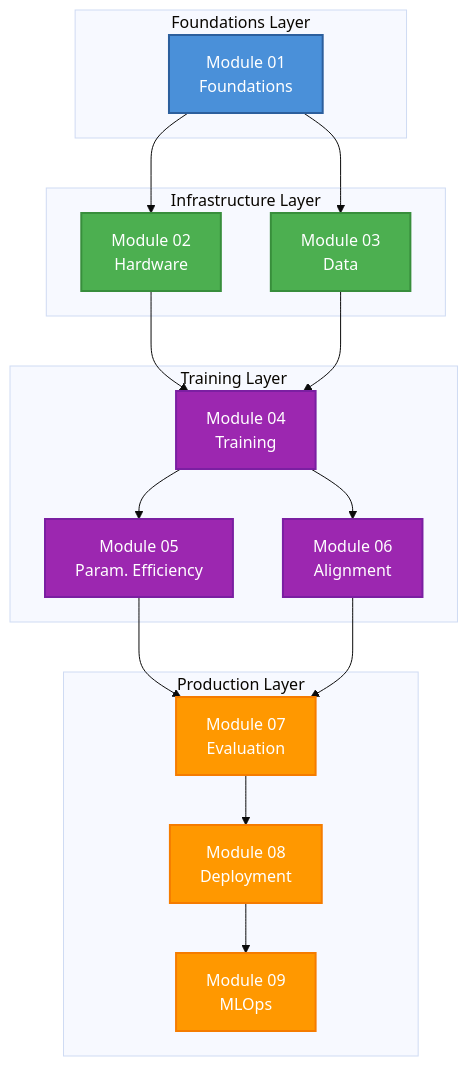
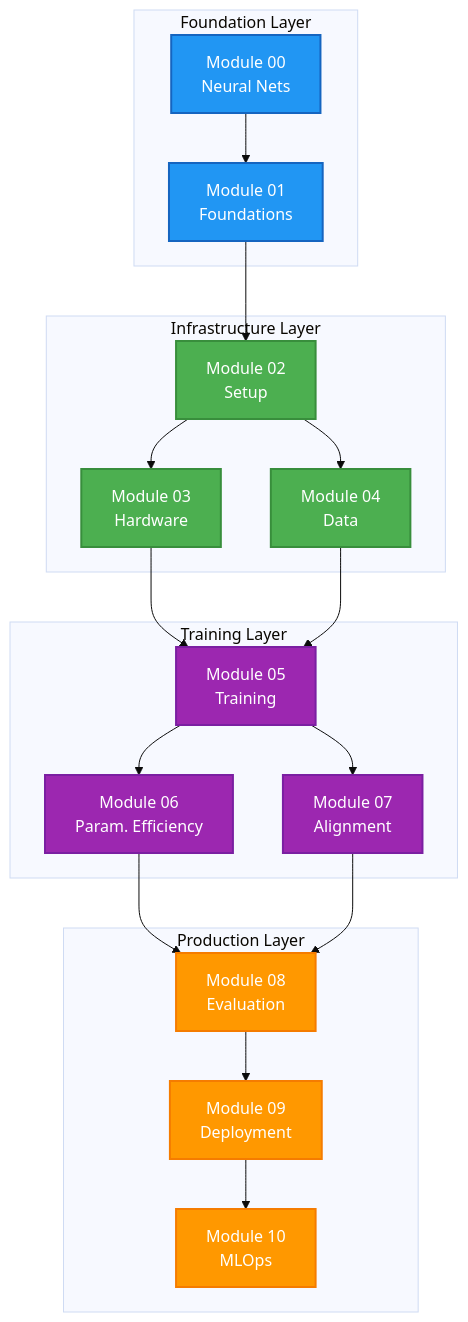
One commit to Parv17k/llm-fine-tuning-guide changed the first of 3 diagrams in content/00-preface.md. Above: the diagram before and after it, drawn with Mermaid (base theme). The commit also changed other lines of this file and 3 other files, not shown here.

Commit message:
Update neural networks documentation - enhance explanations and examples, refine module structure.

````diff
--- a/content/00-preface.md
+++ b/content/00-preface.md
@@ -42,44 +45,50 @@
 ```mermaid
 graph TB
-    subgraph "Foundations Layer"
+    subgraph "Foundation Layer"
+        N[Module 00<br/>Neural Nets]
         F[Module 01<br/>Foundations]
     end
 
     subgraph "Infrastructure Layer"
-        H[Module 02<br/>Hardware]
-        D[Module 03<br/>Data]
+        S[Module 02<br/>Setup]
+        H[Module 03<br/>Hardware]
+        D[Module 04<br/>Data]
     end
 
     subgraph "Training Layer"
-        T[Module 04<br/>Training]
-        PE[Module 05<br/>Param. Efficiency]
-        A[Module 06<br/>Alignment]
+        T[Module 05<br/>Training]
+        PE[Module 06<br/>Param. Efficiency]
+        A[Module 07<br/>Alignment]
     end
 
     subgraph "Production Layer"
-        E[Module 07<br/>Evaluation]
-        DP[Module 08<br/>Deployment]
-        M[Module 09<br/>MLOps]
+        E[Module 08<br/>Evaluation]
+        DP[Module 09<br/>Deployment]
+        M[Module 10<br/>MLOps]
     end
 
-    F --> H
-    F --> D
+    N --> F
+    F --> S
+    S --> H
+    S --> D
     H --> T
     D --> T
     T --> PE
     T --> A
     PE --> E
     A --> E
     E --> DP
     DP --> M
 
-    style F fill:#4a90d9,stroke:#2c5f9d,color:#ffffff,stroke-width:2px
+    style N fill:#2196f3,stroke:#1565c0,color:#ffffff,stroke-width:2px
+    style F fill:#2196f3,stroke:#1565c0,color:#ffffff,stroke-width:2px
+    style S fill:#4caf50,stroke:#388e3c,color:#ffffff,stroke-width:2px
     style H fill:#4caf50,stroke:#388e3c,color:#ffffff,stroke-width:2px
     style D fill:#4caf50,stroke:#388e3c,color:#ffffff,stroke-width:2px
     style T fill:#9c27b0,stroke:#7b1fa2,color:#ffffff,stroke-width:2px
     style PE fill:#9c27b0,stroke:#7b1fa2,color:#ffffff,stroke-width:2px
     style A fill:#9c27b0,stroke:#7b1fa2,color:#ffffff,stroke-width:2px
     style E fill:#ff9800,stroke:#f57c00,color:#ffffff,stroke-width:2px
     style DP fill:#ff9800,stroke:#f57c00,color:#ffffff,stroke-width:2px
     style M fill:#ff9800,stroke:#f57c00,color:#ffffff,stroke-width:2px
 ```
````
